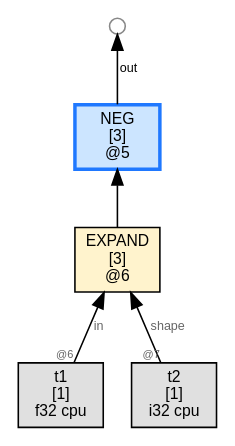
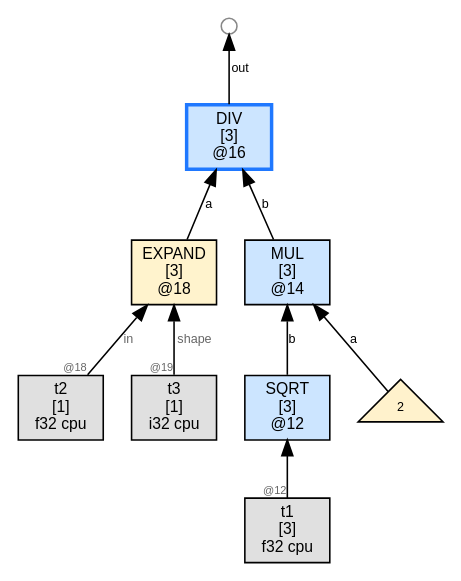
The diagram in wl/examples/thvm_graphs/grad_rules/gradu_poly/thvm_1_post_reduce.dot (sw1sh/TinyHVM), drawn with Graphviz before and after one commit. The commit also changed 4 other files, not shown here.

```diff
--- a/wl/examples/thvm_graphs/grad_rules/gradu_poly/thvm_1_post_reduce.dot
+++ b/wl/examples/thvm_graphs/grad_rules/gradu_poly/thvm_1_post_reduce.dot
@@ -1,15 +1,23 @@
 digraph G {
   rankdir=BT;
   node [fontname="Helvetica", fontsize=10, style=filled, shape=box, margin="0.1,0.05"];
   edge [fontsize=8, fontname="Helvetica"];
 
-  n6 [label="EXPAND\n[3]\n@6", shape=box, fillcolor="#fff3cd"];
-  t1 [label="t1\n[1]\nf32 cpu",shape=box,fillcolor="#e0e0e0"];
-  t1 -> n6 [label="in",taillabel="@6",labelfontsize=7,fontcolor="#666666"];
-  t2 [label="t2\n[1]\ni32 cpu",shape=box,fillcolor="#e0e0e0"];
-  t2 -> n6 [label="shape",taillabel="@7",labelfontsize=7,fontcolor="#666666"];
-  n5 [label="NEG\n[3]\n@5", shape=box, fillcolor="#cce5ff",color="#1f78ff",penwidth=2.2];
-  n6 -> n5 [label=""];
-  free5_1000 [label="",shape=circle,width=0.14,height=0.14,fixedsize=true,fillcolor="#ffffff",color="#888888",fontsize=1];
-  n5 -> free5_1000 [label="out"];
+  n16 [label="DIV\n[3]\n@16", shape=box, fillcolor="#cce5ff",color="#1f78ff",penwidth=2.2];
+  n18 -> n16 [label="a"];
+  n14 -> n16 [label="b"];
+  free16_1000 [label="",shape=circle,width=0.14,height=0.14,fixedsize=true,fillcolor="#ffffff",color="#888888",fontsize=1];
+  n16 -> free16_1000 [label="out"];
+  n12 [label="SQRT\n[3]\n@12", shape=box, fillcolor="#cce5ff"];
+  t1 [label="t1\n[3]\nf32 cpu",shape=box,fillcolor="#e0e0e0"];
+  t1 -> n12 [label="",taillabel="@12",labelfontsize=7,fontcolor="#666666"];
+  n18 [label="EXPAND\n[3]\n@18", shape=box, fillcolor="#fff3cd"];
+  t2 [label="t2\n[1]\nf32 cpu",shape=box,fillcolor="#e0e0e0"];
+  t2 -> n18 [label="in",taillabel="@18",labelfontsize=7,fontcolor="#666666"];
+  t3 [label="t3\n[1]\ni32 cpu",shape=box,fillcolor="#e0e0e0"];
+  t3 -> n18 [label="shape",taillabel="@19",labelfontsize=7,fontcolor="#666666"];
+  n14 [label="MUL\n[3]\n@14", shape=box, fillcolor="#cce5ff"];
+  num14_0 [label="2",shape=triangle,fillcolor="#fff2cc",fontsize=8];
+  num14_0 -> n14 [label="a"];
+  n12 -> n14 [label="b"];
 }
```
